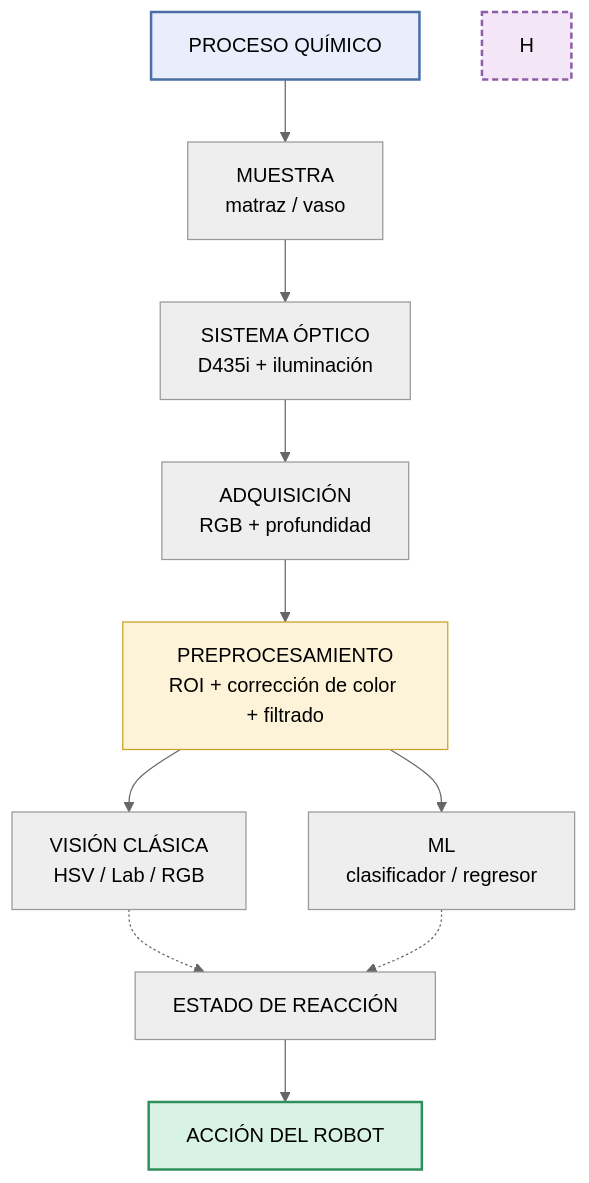
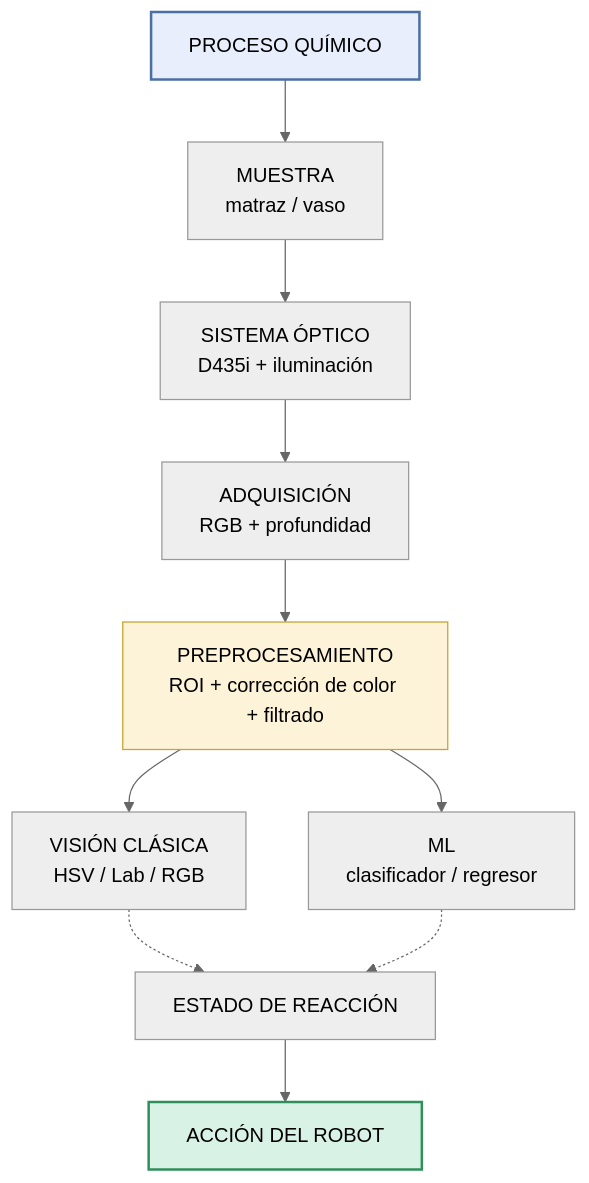
Before and after one commit to cerino-115/Diagramas: the fourth of 4 diagrams in README.md, drawn with Mermaid (neutral theme).

````diff
--- a/README.md
+++ b/README.md
@@ -40,21 +40,20 @@
 ```mermaid  
 flowchart TD
     A[PROCESO QUÍMICO] --> B[MUESTRA<br/>matraz / vaso]
     B --> C["SISTEMA ÓPTICO<br/>D435i + iluminación"]
     C --> D["ADQUISICIÓN<br/>RGB + profundidad"]
     D --> E["PREPROCESAMIENTO<br/>ROI + corrección de color + filtrado"]
 
     E --> F["VISIÓN CLÁSICA<br/>HSV / Lab / RGB"]
     E --> G["ML<br/>clasificador / regresor"]
 
     F -.-> I[ESTADO DE REACCIÓN]
     G -.-> I
 
     I --> J[ACCIÓN DEL ROBOT]
 
     style A fill:#e8eefc,stroke:#4a6fa5,stroke-width:2px
     style E fill:#fdf3d8,stroke:#c9a227
-    style H fill:#f3e6f7,stroke:#8e5ca8,stroke-width:2px,stroke-dasharray: 5 3
     style J fill:#d9f2e6,stroke:#2f8f5b,stroke-width:2px
 
 ```
````
